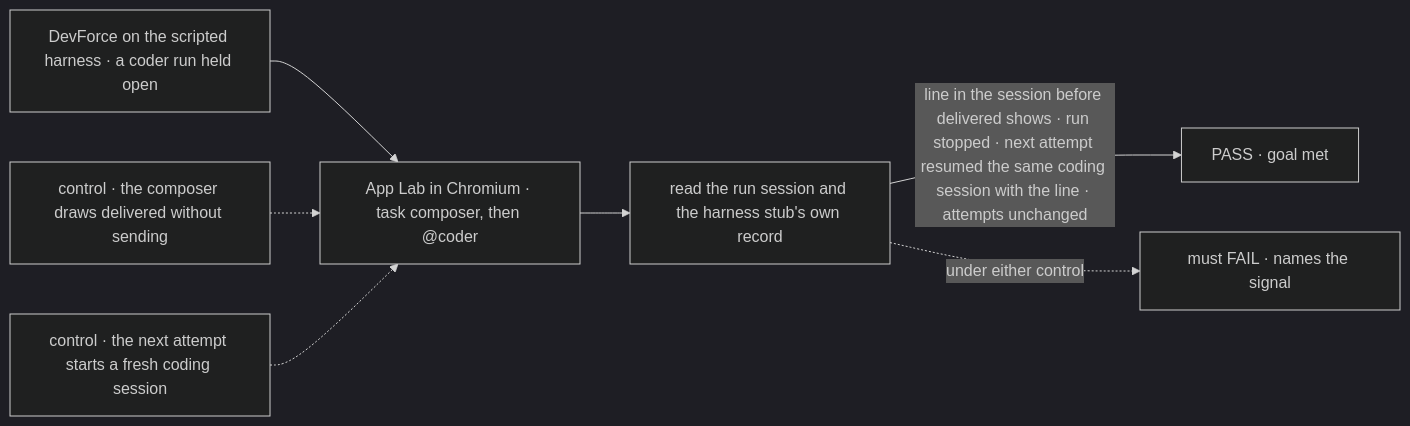
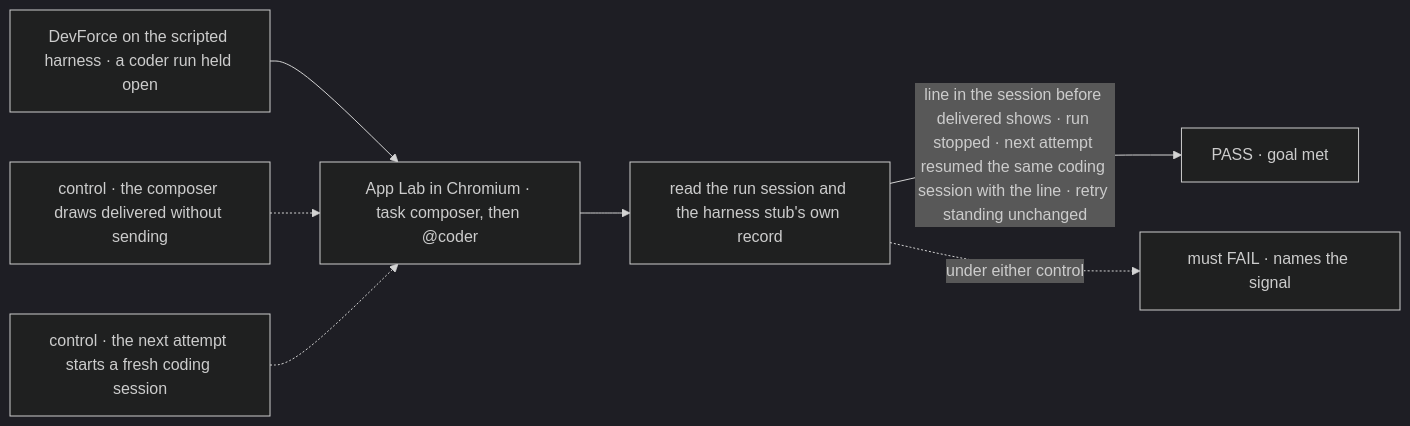
The first of 2 diagrams in specs/issues/FIX-1690/SPEC.md (fixpoint-labs/flow-state-dev), drawn with Mermaid (dark theme) before and after one commit. The commit also changed other lines of this file and 3 other files, not shown here.

````diff
--- a/specs/issues/FIX-1690/SPEC.md
+++ b/specs/issues/FIX-1690/SPEC.md
@@ -34,9 +34,9 @@
 ```mermaid
 flowchart LR
   L["DevForce on the scripted harness · a coder run held open"] --> A["App Lab in Chromium · task composer, then @coder"]
   A --> R["read the run session and the harness stub's own record"]
-  R -->|"line in the session before delivered shows · run stopped · next attempt resumed the same coding session with the line · attempts unchanged"| P["PASS · goal met"]
+  R -->|"line in the session before delivered shows · run stopped · next attempt resumed the same coding session with the line · retry standing unchanged"| P["PASS · goal met"]
   C1["control · the composer draws delivered without sending"] -.-> A
   C2["control · the next attempt starts a fresh coding session"] -.-> A
   R -.->|"under either control"| F["must FAIL · names the signal"]
 ```
````
